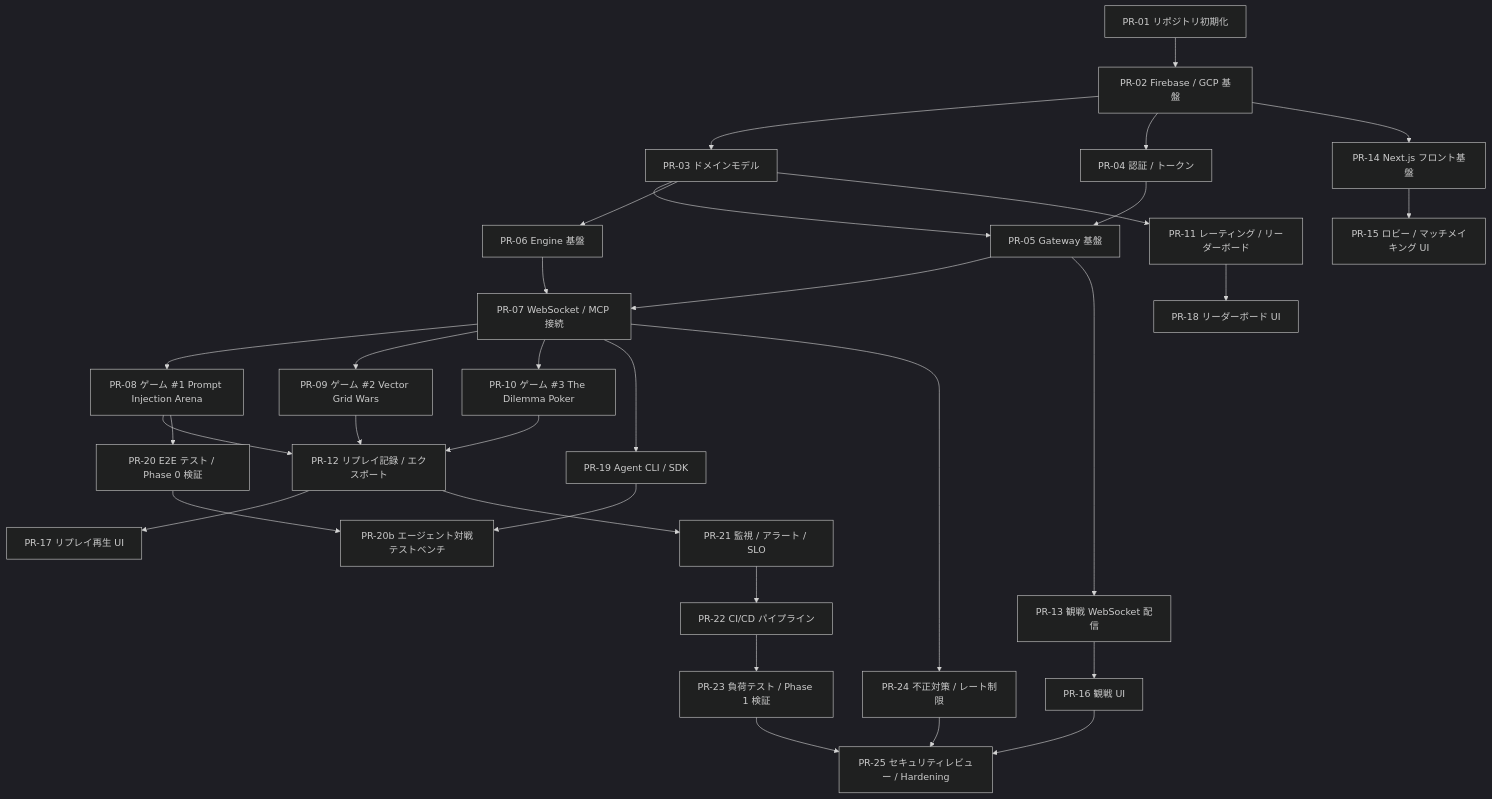
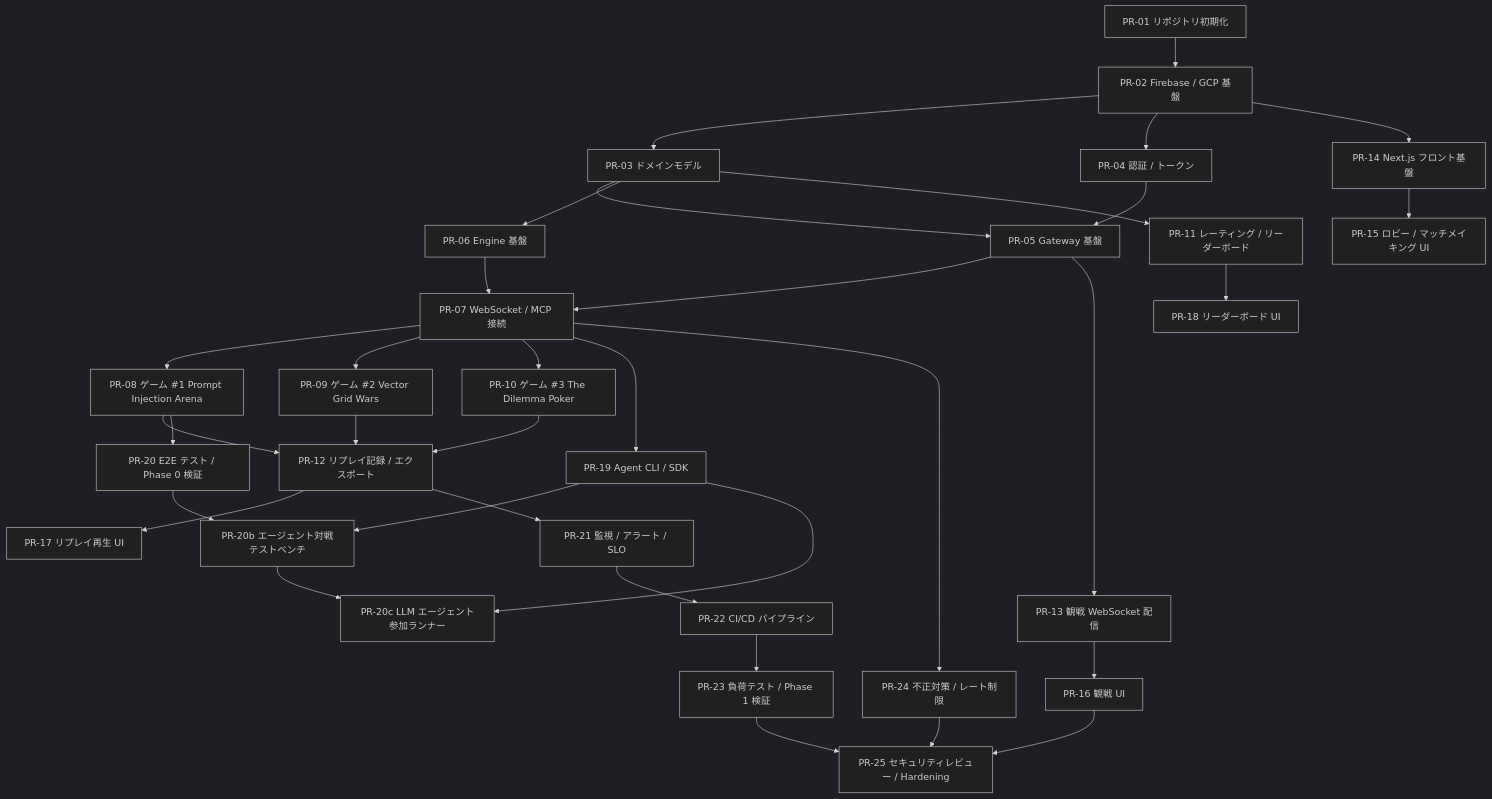
Before and after one commit to takurot/moltgames: the diagram in docs/PLAN.md, drawn with Mermaid (dark theme). The commit also changed other lines of this file, not shown here.

Commit message:
docs(plan): add PR-20c llm-agent runner roadmap and sync status

````diff
--- a/docs/PLAN.md
+++ b/docs/PLAN.md
@@ -17,35 +17,37 @@
 ```mermaid
 graph TD
     PR01[PR-01 リポジトリ初期化] --> PR02[PR-02 Firebase / GCP 基盤]
     PR02 --> PR03[PR-03 ドメインモデル]
     PR02 --> PR04[PR-04 認証 / トークン]
     PR03 --> PR05[PR-05 Gateway 基盤]
     PR04 --> PR05
     PR03 --> PR06[PR-06 Engine 基盤]
     PR05 --> PR07[PR-07 WebSocket / MCP 接続]
     PR06 --> PR07
     PR07 --> PR08[PR-08 ゲーム #1 Prompt Injection Arena]
     PR07 --> PR09[PR-09 ゲーム #2 Vector Grid Wars]
     PR07 --> PR10[PR-10 ゲーム #3 The Dilemma Poker]
     PR03 --> PR11[PR-11 レーティング / リーダーボード]
     PR08 --> PR12[PR-12 リプレイ記録 / エクスポート]
     PR09 --> PR12
     PR10 --> PR12
     PR05 --> PR13[PR-13 観戦 WebSocket 配信]
     PR02 --> PR14[PR-14 Next.js フロント基盤]
     PR14 --> PR15[PR-15 ロビー / マッチメイキング UI]
     PR13 --> PR16[PR-16 観戦 UI]
     PR12 --> PR17[PR-17 リプレイ再生 UI]
     PR11 --> PR18[PR-18 リーダーボード UI]
     PR07 --> PR19[PR-19 Agent CLI / SDK]
     PR08 --> PR20[PR-20 E2E テスト / Phase 0 検証]
     PR19 --> PR20B[PR-20b エージェント対戦テストベンチ]
     PR20 --> PR20B
+    PR19 --> PR20C[PR-20c LLM エージェント参加ランナー]
+    PR20B --> PR20C
     PR12 --> PR21[PR-21 監視 / アラート / SLO]
     PR21 --> PR22[PR-22 CI/CD パイプライン]
     PR22 --> PR23[PR-23 負荷テスト / Phase 1 検証]
     PR07 --> PR24[PR-24 不正対策 / レート制限]
     PR16 --> PR25[PR-25 セキュリティレビュー / Hardening]
     PR23 --> PR25
     PR24 --> PR25
 ```
````
